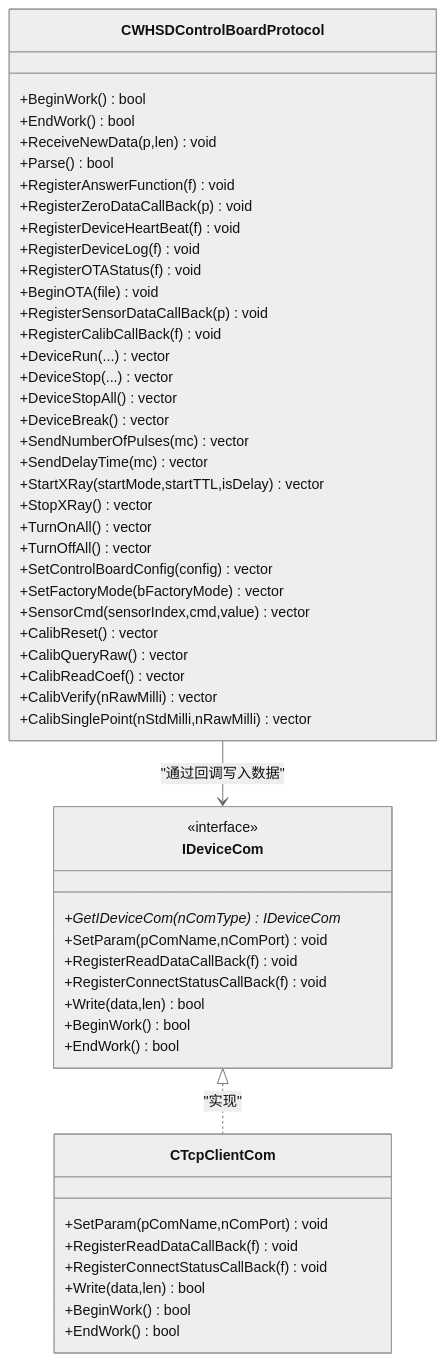
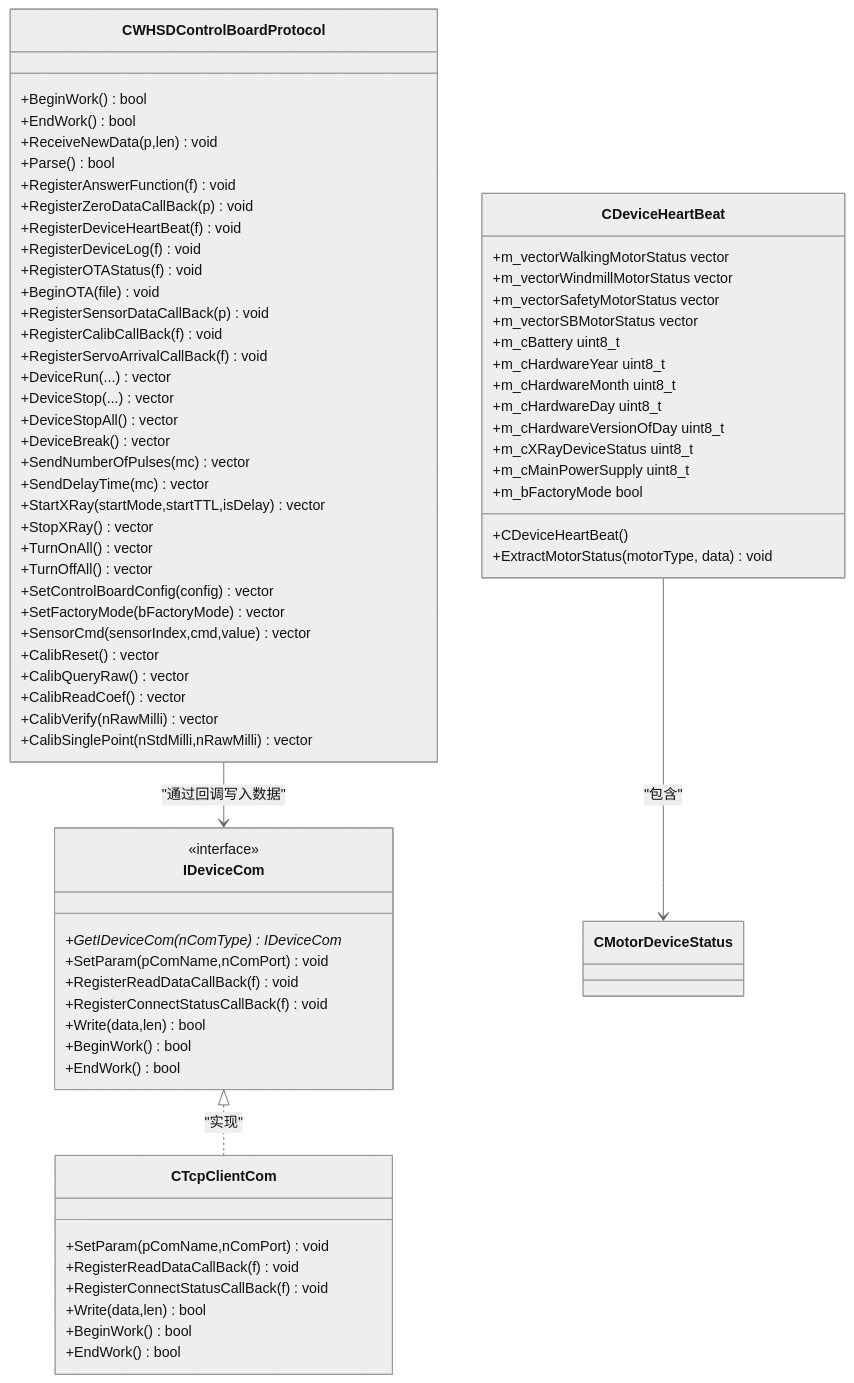
One commit to yangreest/Zero-value-Insulator-Robot-V2 changed the third of 6 diagrams in .qoder/repowiki/zh/content/核心模块/协议处理模块.md. Above: the diagram before and after it, drawn with Mermaid (neutral theme). The commit also changed other lines of this file and 14 other files, not shown here.

````diff
--- a/.qoder/repowiki/zh/content/核心模块/协议处理模块.md
+++ b/.qoder/repowiki/zh/content/核心模块/协议处理模块.md
@@ -190,55 +201,73 @@
 ```mermaid
 classDiagram
 class CWHSDControlBoardProtocol {
 +BeginWork() bool
 +EndWork() bool
 +ReceiveNewData(p,len) void
 +Parse() bool
 +RegisterAnswerFunction(f) void
 +RegisterZeroDataCallBack(p) void
 +RegisterDeviceHeartBeat(f) void
 +RegisterDeviceLog(f) void
 +RegisterOTAStatus(f) void
 +BeginOTA(file) void
 +RegisterSensorDataCallBack(p) void
 +RegisterCalibCallBack(f) void
++RegisterServoArrivalCallBack(f) void
 +DeviceRun(...) vector<uint8_t>
 +DeviceStop(...) vector<uint8_t>
 +DeviceStopAll() vector<uint8_t>
 +DeviceBreak() vector<uint8_t>
 +SendNumberOfPulses(mc) vector<uint8_t>
 +SendDelayTime(mc) vector<uint8_t>
 +StartXRay(startMode,startTTL,isDelay) vector<uint8_t>
 +StopXRay() vector<uint8_t>
 +TurnOnAll() vector<uint8_t>
 +TurnOffAll() vector<uint8_t>
 +SetControlBoardConfig(config) vector<uint8_t>
 +SetFactoryMode(bFactoryMode) vector<uint8_t>
 +SensorCmd(sensorIndex,cmd,value) vector<uint8_t>
 +CalibReset() vector<uint8_t>
 +CalibQueryRaw() vector<uint8_t>
 +CalibReadCoef() vector<uint8_t>
 +CalibVerify(nRawMilli) vector<uint8_t>
 +CalibSinglePoint(nStdMilli,nRawMilli) vector<uint8_t>
+}
+class CDeviceHeartBeat {
++CDeviceHeartBeat()
++m_vectorWalkingMotorStatus vector<CMotorDeviceStatus>
++m_vectorWindmillMotorStatus vector<CMotorDeviceStatus>
++m_vectorSafetyMotorStatus vector<CMotorDeviceStatus>
++m_vectorSBMotorStatus vector<CMotorDeviceStatus>
++m_cBattery uint8_t
++m_cHardwareYear uint8_t
++m_cHardwareMonth uint8_t
++m_cHardwareDay uint8_t
++m_cHardwareVersionOfDay uint8_t
++m_cXRayDeviceStatus uint8_t
++m_cMainPowerSupply uint8_t
++m_bFactoryMode bool
++ExtractMotorStatus(motorType, data) void
 }
 class IDeviceCom {
 <<interface>>
 +GetIDeviceCom(nComType) IDeviceCom*
 +SetParam(pComName,nComPort) void
 +RegisterReadDataCallBack(f) void
 +RegisterConnectStatusCallBack(f) void
 +Write(data,len) bool
 +BeginWork() bool
 +EndWork() bool
 }
 class CTcpClientCom {
 +SetParam(pComName,nComPort) void
 +RegisterReadDataCallBack(f) void
 +RegisterConnectStatusCallBack(f) void
 +Write(data,len) bool
 +BeginWork() bool
 +EndWork() bool
 }
 CWHSDControlBoardProtocol --> IDeviceCom : "通过回调写入数据"
+CDeviceHeartBeat --> CMotorDeviceStatus : "包含"
 IDeviceCom <|.. CTcpClientCom : "实现"
 ```
````
